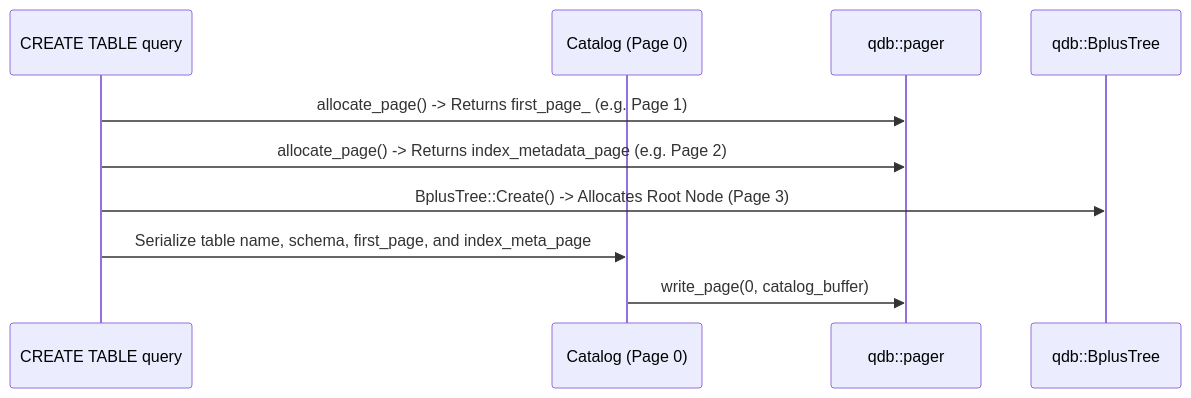
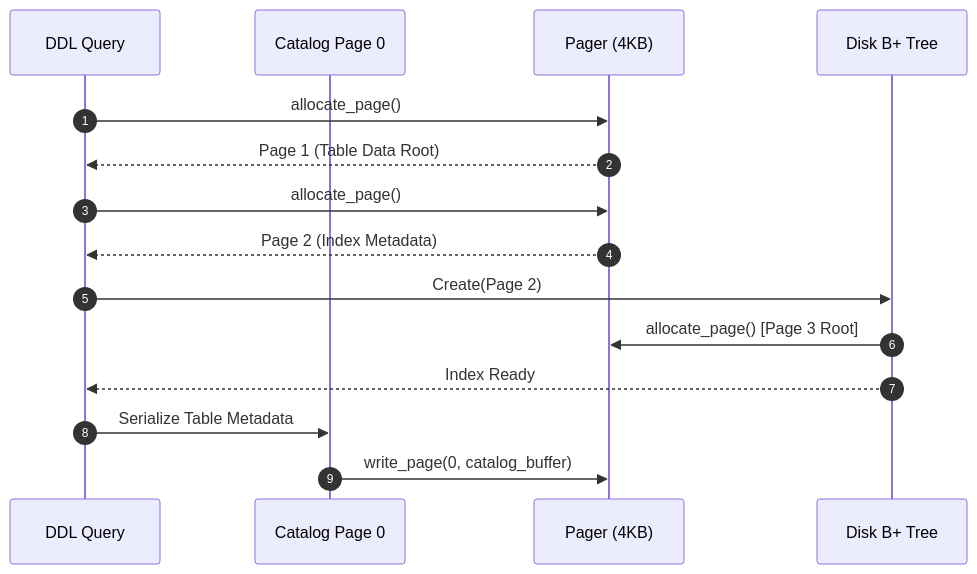
The diagram in docs/sql/statements/create-table.md (KAAZamapiloT/QUARTZ_DB), drawn with Mermaid before and after one commit. The commit also changed 23 other files, not shown here.

````diff
--- a/docs/sql/statements/create-table.md
+++ b/docs/sql/statements/create-table.md
@@ -46,13 +46,18 @@
 ```mermaid
 sequenceDiagram
-    participant SQL as CREATE TABLE query
-    participant Cat as Catalog (Page 0)
-    participant Pager as qdb::pager
-    participant Bpt as qdb::BplusTree
+    autonumber
+    participant SQL as DDL Query
+    participant Cat as Catalog Page 0
+    participant Pager as Pager (4KB)
+    participant Bpt as Disk B+ Tree
 
-    SQL->>Pager: allocate_page() -> Returns first_page_ (e.g. Page 1)
-    SQL->>Pager: allocate_page() -> Returns index_metadata_page (e.g. Page 2)
-    SQL->>Bpt: BplusTree::Create() -> Allocates Root Node (Page 3)
-    SQL->>Cat: Serialize table name, schema, first_page, and index_meta_page
+    SQL->>Pager: allocate_page()
+    Pager-->>SQL: Page 1 (Table Data Root)
+    SQL->>Pager: allocate_page()
+    Pager-->>SQL: Page 2 (Index Metadata)
+    SQL->>Bpt: Create(Page 2)
+    Bpt->>Pager: allocate_page() [Page 3 Root]
+    Bpt-->>SQL: Index Ready
+    SQL->>Cat: Serialize Table Metadata
     Cat->>Pager: write_page(0, catalog_buffer)
 ```
````
